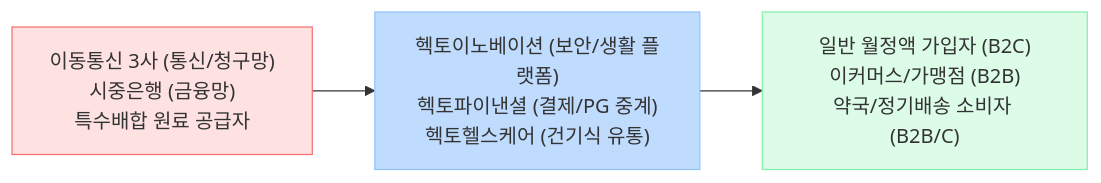
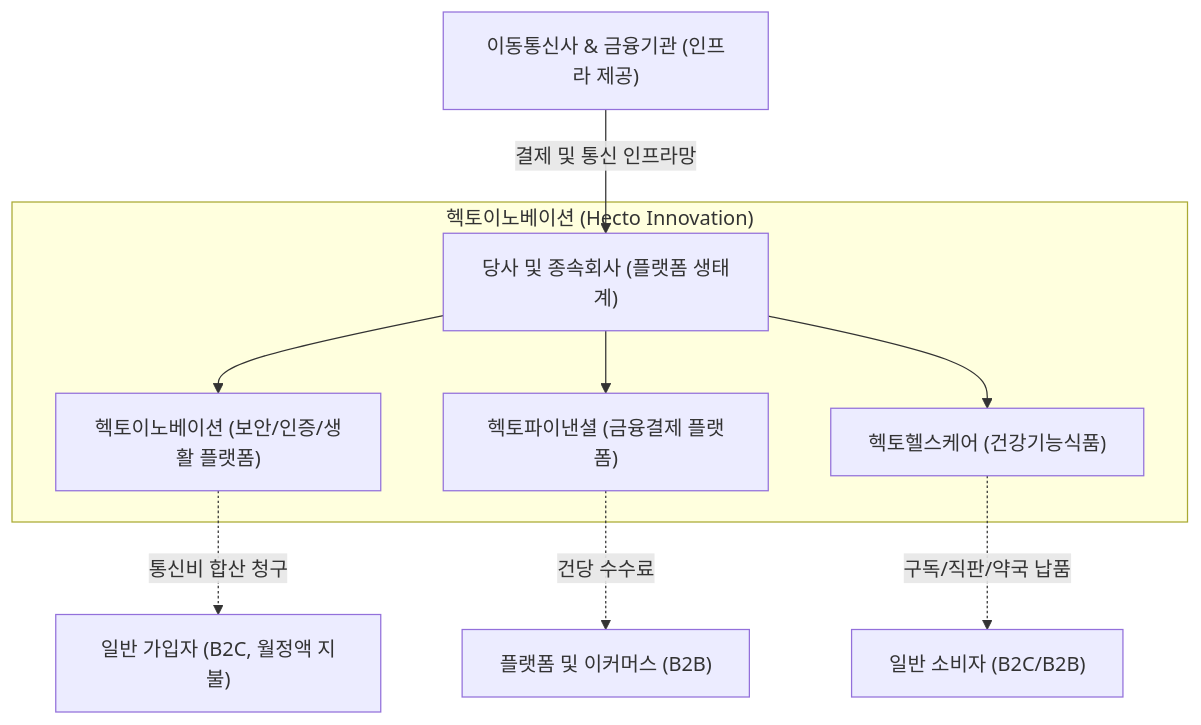
The diagram in Stock_Research/헥토이노베이션/3_Final_Reports/Phase1_Report.md (eve830521-cmd/my-skill), drawn with Mermaid before and after one commit. The commit also changed other lines of this file and 115 other files, not shown here.

````diff
--- a/Stock_Research/헥토이노베이션/3_Final_Reports/Phase1_Report.md
+++ b/Stock_Research/헥토이노베이션/3_Final_Reports/Phase1_Report.md
@@ -15,9 +6,14 @@
 ```mermaid
-graph LR
-    A["이동통신 3사 (통신/청구망)<br>시중은행 (금융망)<br>특수배합 원료 공급자"] --> B["헥토이노베이션 (보안/생활 플랫폼)<br>헥토파이낸셜 (결제/PG 중계)<br>헥토헬스케어 (건기식 유통)"]
-    B --> C["일반 월정액 가입자 (B2C)<br>이커머스/가맹점 (B2B)<br>약국/정기배송 소비자 (B2B/C)"]
+graph TD
+    A["이동통신사 & 금융기관 (인프라 제공)"] -->|"결제 및 통신 인프라망"| B["당사 및 종속회사 (플랫폼 생태계)"]
     
-    style A fill:#fee2e2,stroke:#f87171
-    style B fill:#bfdbfe,stroke:#93c5fd
-    style C fill:#dcfce7,stroke:#86efac
+    subgraph "헥토이노베이션 (Hecto Innovation)"
+    B --> C["헥토이노베이션 (보안/인증/생활 플랫폼)"]
+    B --> D["헥토파이낸셜 (금융결제 플랫폼)"]
+    B --> E["헥토헬스케어 (건강기능식품)"]
+    end
+    
+    C -. "통신비 합산 청구" .-> F["일반 가입자 (B2C, 월정액 지불)"]
+    D -. "건당 수수료" .-> G["플랫폼 및 이커머스 (B2B)"]
+    E -. "구독/직판/약국 납품" .-> H["일반 소비자 (B2C/B2B)"]
 ```
````
